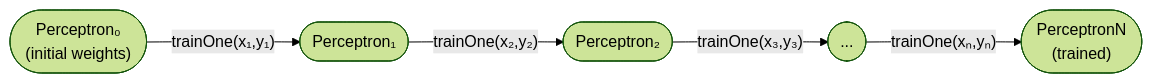
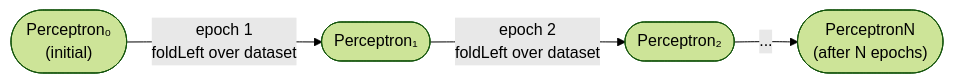
Before and after one commit to rohinp/ann: the fourth of 5 diagrams in docs/perceptron_diagram.md, drawn with Mermaid (forest theme). The commit also changed other lines of this file and 2 other files, not shown here.

````diff
--- a/docs/perceptron_diagram.md
+++ b/docs/perceptron_diagram.md
@@ -143,7 +143,6 @@
 ```mermaid
 flowchart LR
-    P0(["Perceptron₀\n(initial weights)"]) -->|"trainOne(x₁,y₁)"| P1
-    P1(["Perceptron₁"]) -->|"trainOne(x₂,y₂)"| P2
-    P2(["Perceptron₂"]) -->|"trainOne(x₃,y₃)"| P3
-    P3(["..."]) -->|"trainOne(xₙ,yₙ)"| Pn(["PerceptronN\n(trained)"])
+    P0(["Perceptron₀\n(initial)"]) -->|"epoch 1\nfoldLeft over dataset"| P1
+    P1(["Perceptron₁"]) -->|"epoch 2\nfoldLeft over dataset"| P2
+    P2(["Perceptron₂"]) -->|"..."| Pn(["PerceptronN\n(after N epochs)"])
 ```
````
